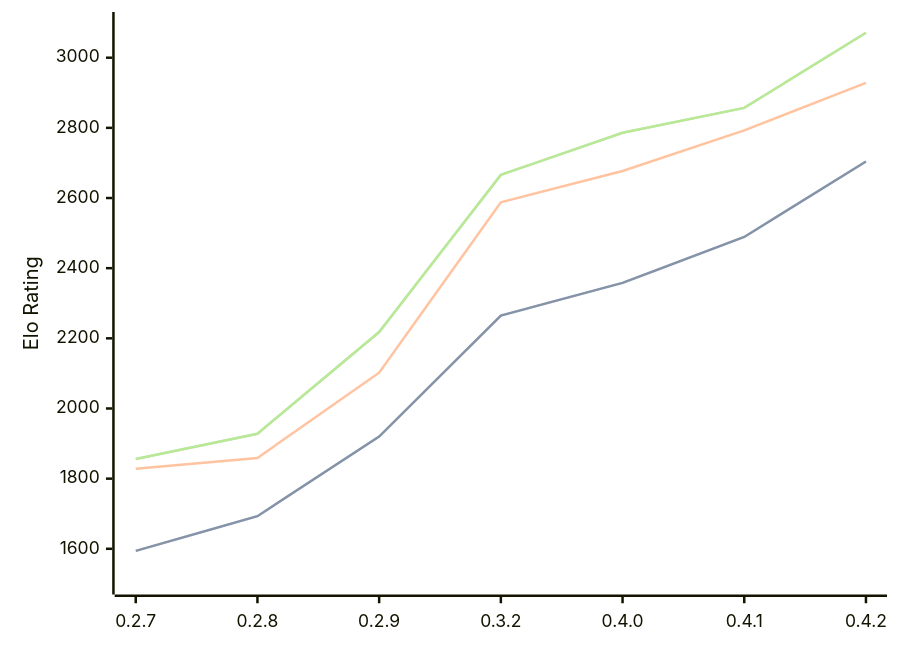
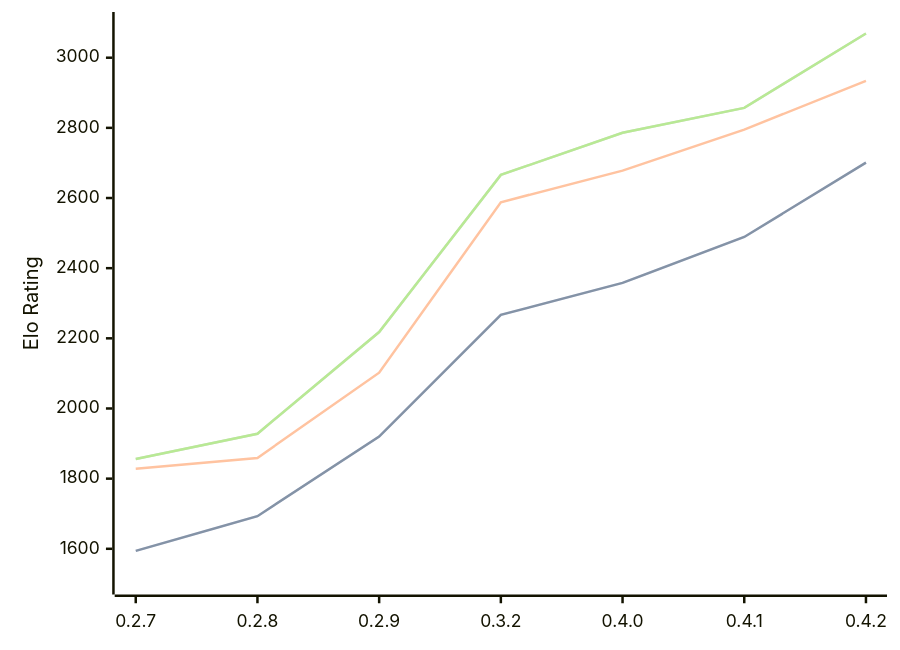
One commit to computer-chess-index/cci changed the diagram in engines/Dual.md. Above: the diagram before and after it, drawn with Mermaid. The commit also changed other lines of this file, not shown here.

Commit message:
Update CCI Ratings (ELO VLTC) - 2026-08-20

````diff
--- a/engines/Dual.md
+++ b/engines/Dual.md
@@ -39,11 +39,11 @@
 ```mermaid
 %%{init: {"theme":"base","themeVariables":{"seriesColors:['#a3a3a3','#222221','#faa371']}}}%%
 xychart-beta
   x-axis ["0.2.7", "0.2.8", "0.2.9", "0.3.2", "0.4.0", "0.4.1", "0.4.2"]
   y-axis "Elo Rating" 1500 --> 3100
-  line "STC (8.0+0.08s)" [1594, 1693, 1920, 2265, 2358, 2489, 2704]
-  line "STC (8.0+0.08s)" [1594, 1693, 1920, 2265, 2358, 2489, 2704]
-  line "LTC (60.0+0.60s)" [1828, 1859, 2102, 2588, 2677, 2793, 2928]
-  line "VLTC (2m24s+1.12s)" [1856, 1928, 2218, 2666, 2786, 2857, 3071]
-  line "VLTC (2m24s+1.12s)" [1856, 1928, 2218, 2666, 2786, 2857, 3071]
+  line "STC (8.0+0.08s)" [1594, 1693, 1920, 2267, 2358, 2489, 2701]
+  line "STC (8.0+0.08s)" [1594, 1693, 1920, 2267, 2358, 2489, 2701]
+  line "LTC (60.0+0.60s)" [1828, 1859, 2102, 2588, 2678, 2795, 2934]
+  line "VLTC (2m24s+1.12s)" [1856, 1928, 2218, 2666, 2786, 2857, 3069]
+  line "VLTC (2m24s+1.12s)" [1856, 1928, 2218, 2666, 2786, 2857, 3069]
 ```
````
